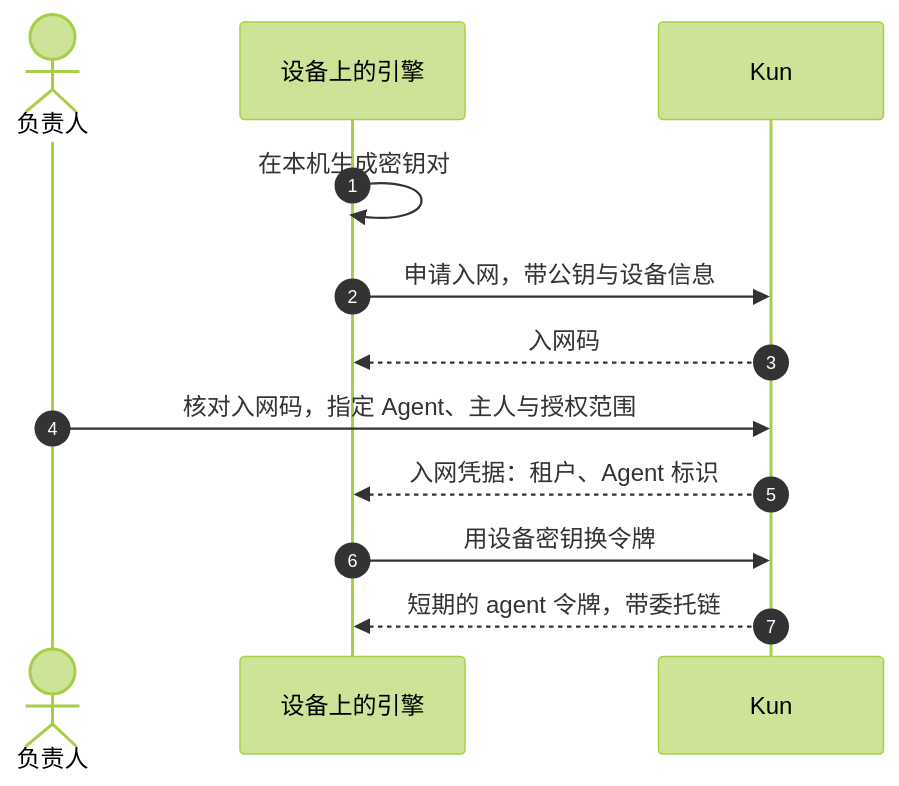
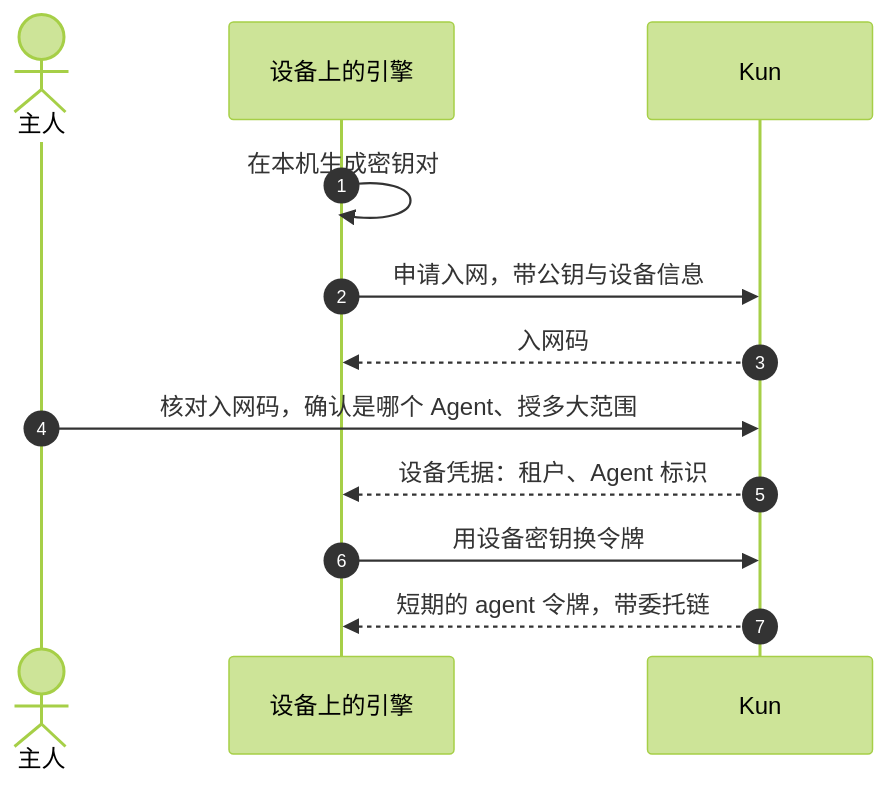
One commit to CavaiLAB/sanyuan-agent changed the diagram in docs/platform.md. Above: the diagram before and after it, drawn with Mermaid (forest theme). The commit also changed other lines of this file and 5 other files, not shown here.

````diff
--- a/docs/platform.md
+++ b/docs/platform.md
@@ -24,14 +24,14 @@
 ```mermaid
 sequenceDiagram
   autonumber
-  actor P as 负责人
+  actor P as 主人
   participant D as 设备上的引擎
   participant K as Kun
   D->>D: 在本机生成密钥对
   D->>K: 申请入网，带公钥与设备信息
   K-->>D: 入网码
-  P->>K: 核对入网码，指定 Agent、主人与授权范围
-  K-->>D: 入网凭据：租户、Agent 标识
+  P->>K: 核对入网码，确认是哪个 Agent、授多大范围
+  K-->>D: 设备凭据：租户、Agent 标识
   D->>K: 用设备密钥换令牌
   K-->>D: 短期的 agent 令牌，带委托链
 ```
````
